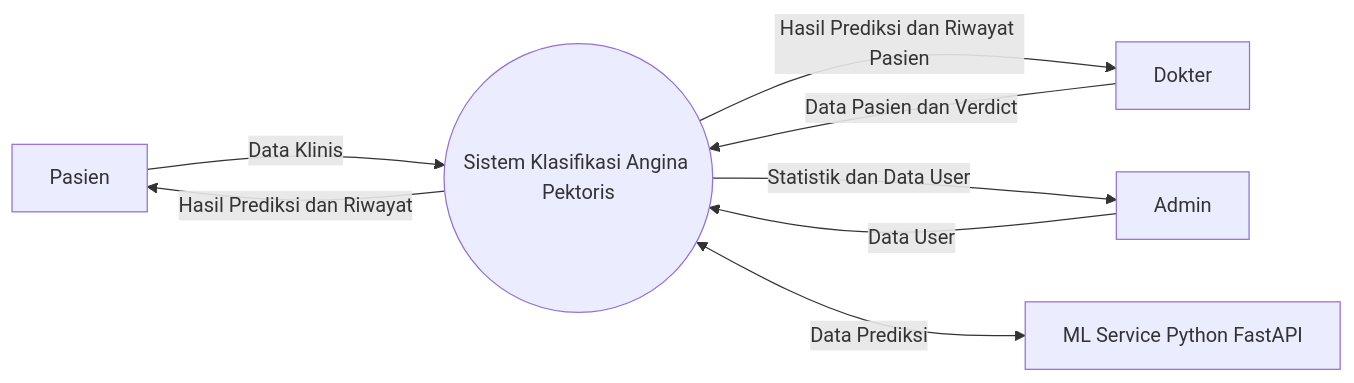
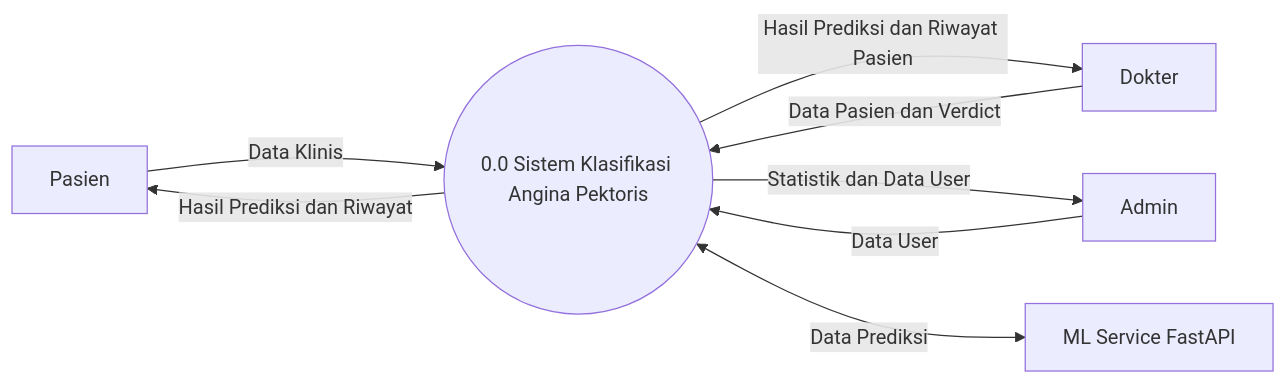
Before and after one commit to 9-9-9x/angina-pektoris-detection: the diagram in web/docs/diagrams/dfd-level0.mmd, drawn with Mermaid. The commit also changed 4 other files, not shown here.

```diff
--- a/web/docs/diagrams/dfd-level0.mmd
+++ b/web/docs/diagrams/dfd-level0.mmd
@@ -1,8 +1,8 @@
 flowchart LR
-    P[Pasien] -->|"Data Klinis"| S(("Sistem Klasifikasi Angina Pektoris"))
+    P[Pasien] -->|"Data Klinis"| S((0.0 Sistem Klasifikasi Angina Pektoris))
     D[Dokter] -->|"Data Pasien dan Verdict"| S
     A[Admin] -->|"Data User"| S
     S -->|"Hasil Prediksi dan Riwayat"| P
     S -->|"Hasil Prediksi dan Riwayat Pasien"| D
     S -->|"Statistik dan Data User"| A
-    S <-->|"Data Prediksi"| ML["ML Service Python FastAPI"]
+    S <-->|"Data Prediksi"| ML[ML Service FastAPI]
```
